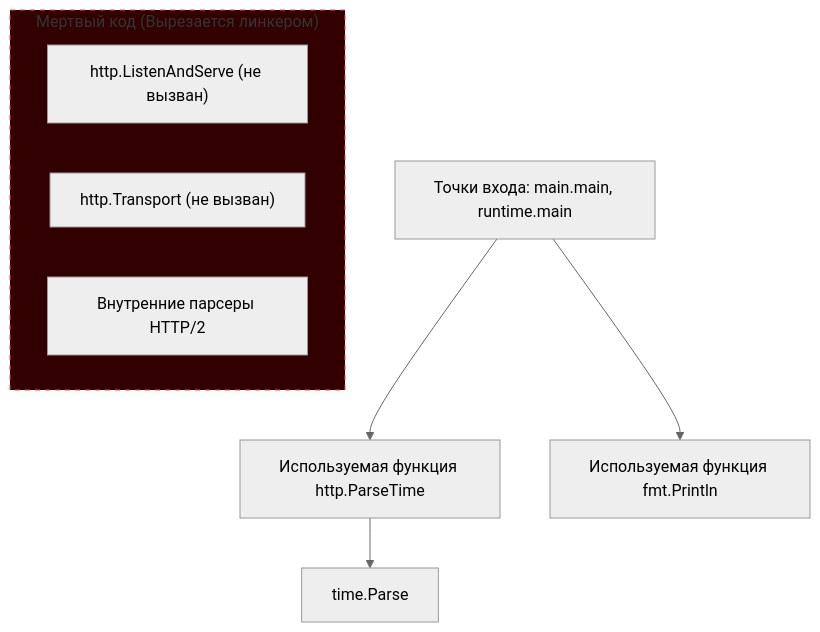
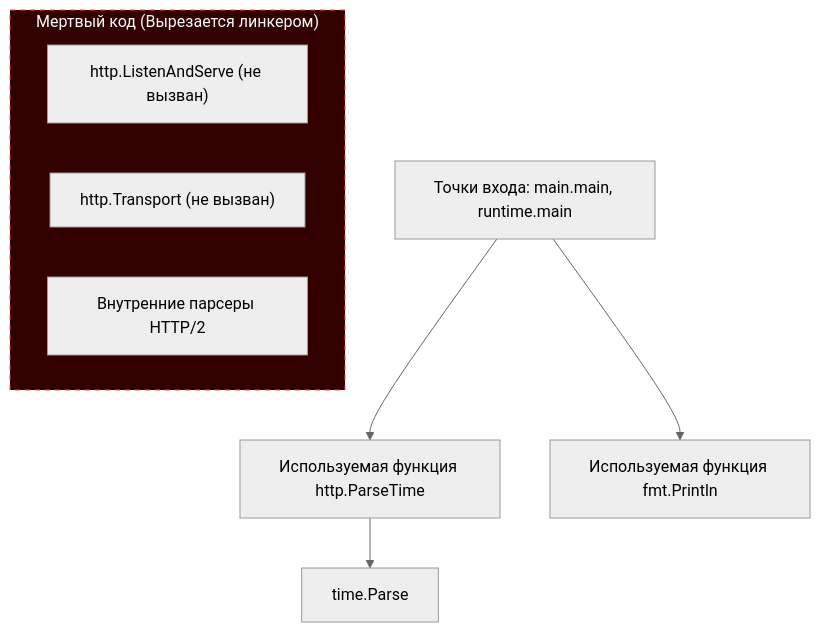
One commit to UnrealTemplier/go-textbook changed the second of 2 diagrams in sources/7. Глубокий Go (Внутреннее устройство)/44. Linker и Build Modes.md. Above: the diagram before and after it, drawn with Mermaid (neutral theme). The commit also changed 310 other files, not shown here.

First line of the commit message:
fix(mermaid): replace light fill colors with dark palette for readability on dark theme

````diff
--- a/sources/7. Глубокий Go (Внутреннее устройство)/44. Linker и Build Modes.md
+++ b/sources/7. Глубокий Go (Внутреннее устройство)/44. Linker и Build Modes.md
@@ -72,15 +72,15 @@
 ```mermaid
 flowchart TD
     ROOT["Точки входа: main.main, runtime.main"] --> A["Используемая функция http.ParseTime"]
     ROOT --> B["Используемая функция fmt.Println"]
     
     A --> SUB1["time.Parse"]
     
     subgraph DEAD_CODE ["Мертвый код (Вырезается линкером)"]
         D1["http.ListenAndServe (не вызван)"]
         D2["http.Transport (не вызван)"]
         D3["Внутренние парсеры HTTP/2"]
     end
     
-    style DEAD_CODE fill:#330000,stroke:#ff4444,stroke-dasharray: 5 5
+    style DEAD_CODE fill:#330000,stroke:#ff4444,stroke-dasharray: 5 5,color:#f8fafc
 ```
````
